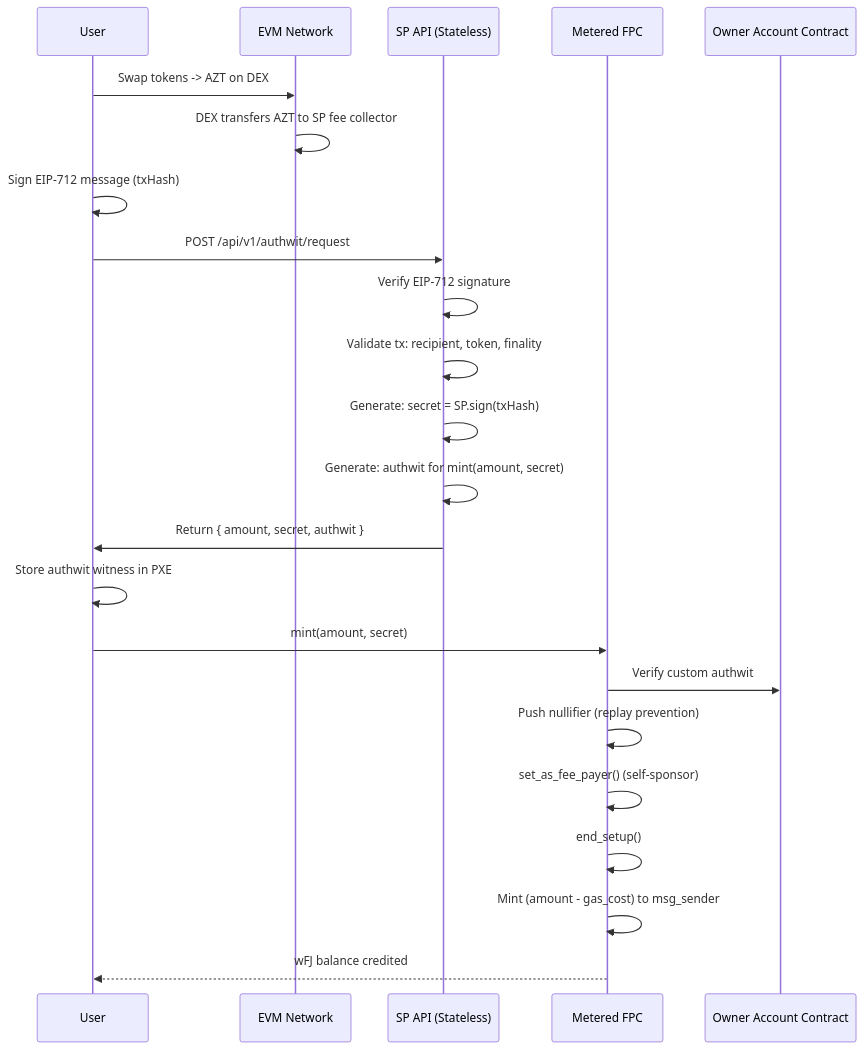
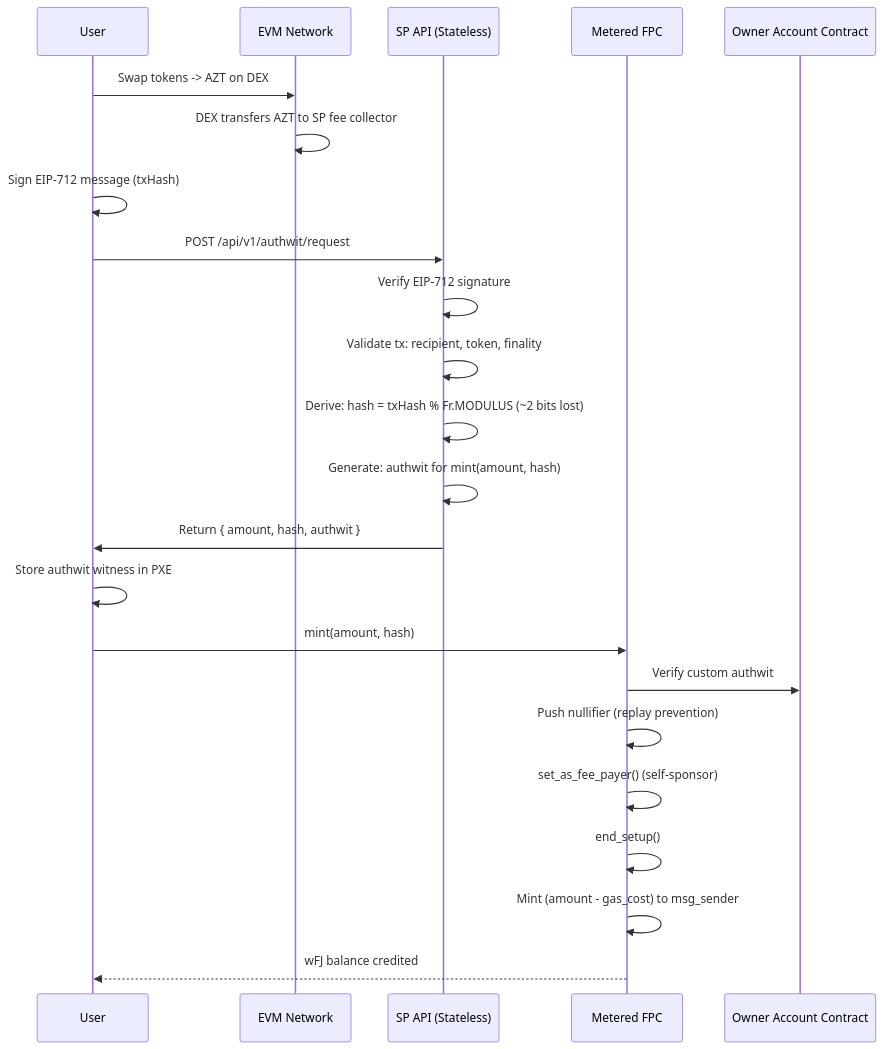
One commit to defi-wonderland/aztec-fee-payment changed the third of 3 diagrams in docs/Fee Payment Contract (FPC) — Product Requirements.md. Above: the diagram before and after it, drawn with Mermaid. The commit also changed other lines of this file and 10 other files, not shown here.

Commit message:
feat: remove secret and use txHash

````diff
--- a/docs/Fee Payment Contract (FPC) — Product Requirements.md
+++ b/docs/Fee Payment Contract (FPC) — Product Requirements.md
@@ -518,28 +518,28 @@
 ```mermaid
 sequenceDiagram
     participant User
     participant EVM as EVM Network
     participant API as SP API (Stateless)
     participant FPC as Metered FPC
     participant OAC as Owner Account Contract
 
     User->>EVM: Swap tokens -> AZT on DEX
     EVM->>EVM: DEX transfers AZT to SP fee collector
     User->>User: Sign EIP-712 message (txHash)
     User->>API: POST /api/v1/authwit/request
 
     API->>API: Verify EIP-712 signature
     API->>API: Validate tx: recipient, token, finality
-    API->>API: Generate: secret = SP.sign(txHash)
-    API->>API: Generate: authwit for mint(amount, secret)
-    API->>User: Return { amount, secret, authwit }
+    API->>API: Derive: hash = txHash % Fr.MODULUS (~2 bits lost)
+    API->>API: Generate: authwit for mint(amount, hash)
+    API->>User: Return { amount, hash, authwit }
 
     User->>User: Store authwit witness in PXE
-    User->>FPC: mint(amount, secret)
+    User->>FPC: mint(amount, hash)
     FPC->>OAC: Verify custom authwit
     FPC->>FPC: Push nullifier (replay prevention)
     FPC->>FPC: set_as_fee_payer() (self-sponsor)
     FPC->>FPC: end_setup()
     FPC->>FPC: Mint (amount - gas_cost) to msg_sender
     FPC-->>User: wFJ balance credited
 ```
````
